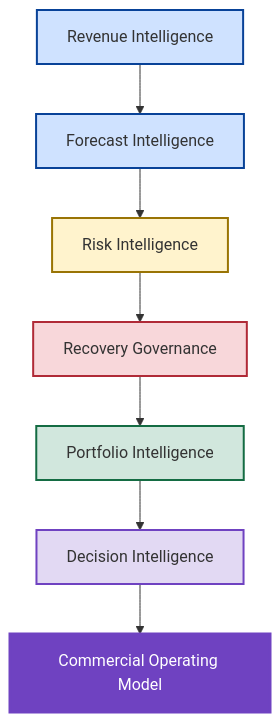
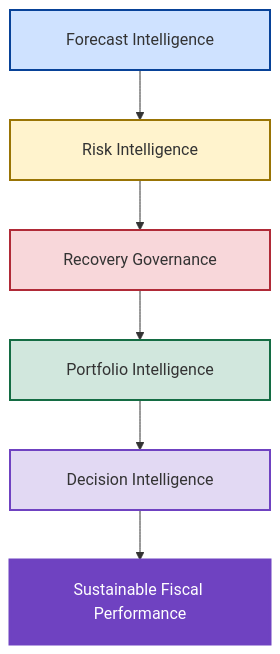
The second of 3 diagrams in 12_Next_Generation_Operating_Model/next-generation-revenue-operating-model.md (AwesomeAnil/newbridge-saas-operating-system), drawn with Mermaid before and after one commit. The commit also changed other lines of this file, not shown here.

First line of the commit message:
Update next-generation-revenue-operating-model.md

````diff
--- a/12_Next_Generation_Operating_Model/next-generation-revenue-operating-model.md
+++ b/12_Next_Generation_Operating_Model/next-generation-revenue-operating-model.md
@@ -114,31 +104,17 @@
 ```mermaid
 flowchart TD
 
-A["Revenue Intelligence"]
+A["<table><tr><td width='350' align='center'>Forecast Intelligence</td></tr></table>"] --> B["<table><tr><td width='350' align='center'>Risk Intelligence</td></tr></table>"]
+B --> C["<table><tr><td width='350' align='center'>Recovery Governance</td></tr></table>"]
+C --> D["<table><tr><td width='350' align='center'>Portfolio Intelligence</td></tr></table>"]
+D --> E["<table><tr><td width='350' align='center'>Decision Intelligence</td></tr></table>"]
+E --> F["<table><tr><td width='350' align='center'>Sustainable Fiscal Performance</td></tr></table>"]
 
---> B["Forecast Intelligence"]
-
---> C["Risk Intelligence"]
-
---> D["Recovery Governance"]
-
---> E["Portfolio Intelligence"]
-
---> F["Decision Intelligence"]
-
---> G["Commercial Operating Model"]
-
+%% Individual Node Color Overrides
 style A fill:#cfe2ff,stroke:#084298,stroke-width:2px
-
-style B fill:#cfe2ff,stroke:#084298,stroke-width:2px
-
-style C fill:#fff3cd,stroke:#997404,stroke-width:2px
-
-style D fill:#f8d7da,stroke:#b02a37,stroke-width:2px
-
-style E fill:#d1e7dd,stroke:#146c43,stroke-width:2px
-
-style F fill:#e2d9f3,stroke:#6f42c1,stroke-width:2px
-
-style G fill:#6f42c1,color:#ffffff,stroke:#6f42c1,stroke-width:3px
+style B fill:#fff3cd,stroke:#997404,stroke-width:2px
+style C fill:#f8d7da,stroke:#b02a37,stroke-width:2px
+style D fill:#d1e7dd,stroke:#146c43,stroke-width:2px
+style E fill:#e2d9f3,stroke:#6f42c1,stroke-width:2px
+style F fill:#6f42c1,color:#ffffff,stroke:#6f42c1,stroke-width:3px
 ```
````
